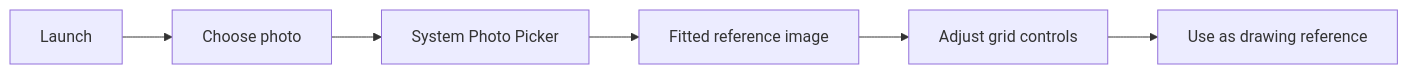
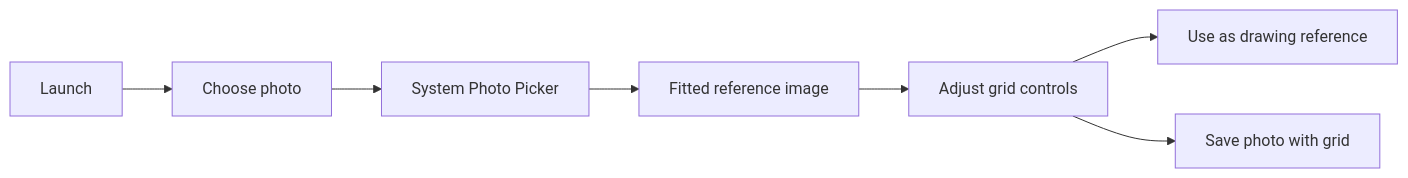
One commit to jmprieur/drawing-grid changed the diagram in README.md. Above: the diagram before and after it, drawn with Mermaid. The commit also changed other lines of this file and 2 other files, not shown here.

Commit message:
Add save with grid action

````diff
--- a/README.md
+++ b/README.md
@@ -14,8 +15,9 @@
 ```mermaid
 flowchart LR
     A[Launch] --> B[Choose photo]
     B --> C[System Photo Picker]
     C --> D[Fitted reference image]
     D --> E[Adjust grid controls]
     E --> F[Use as drawing reference]
+    E --> G[Save photo with grid]
 ```
````
